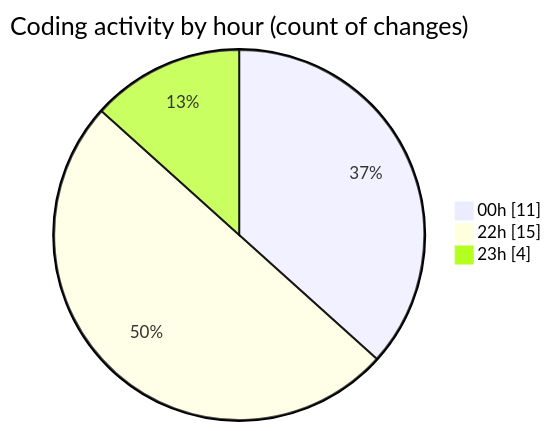
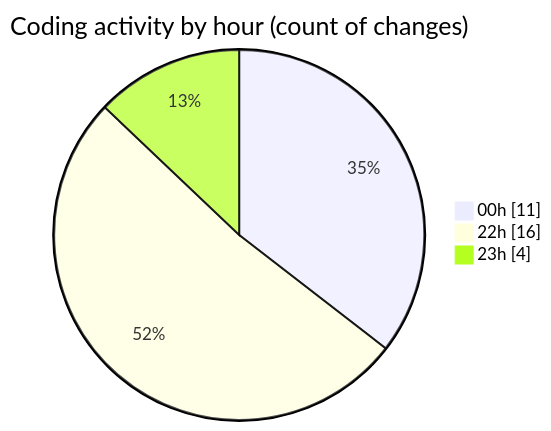
The second of 2 diagrams in 2026-11-26/taskforge/README.md (hasnaa123/code-tracking), drawn with Mermaid before and after one commit. The commit also changed other lines of this file and 1 other file, not shown here.

````diff
--- a/2026-11-26/taskforge/README.md
+++ b/2026-11-26/taskforge/README.md
@@ -28,7 +28,7 @@
 ```mermaid
 pie showData
 title Coding activity by hour (count of changes)
 "00h" : 11
-"22h" : 15
+"22h" : 16
 "23h" : 4
 ```
````
